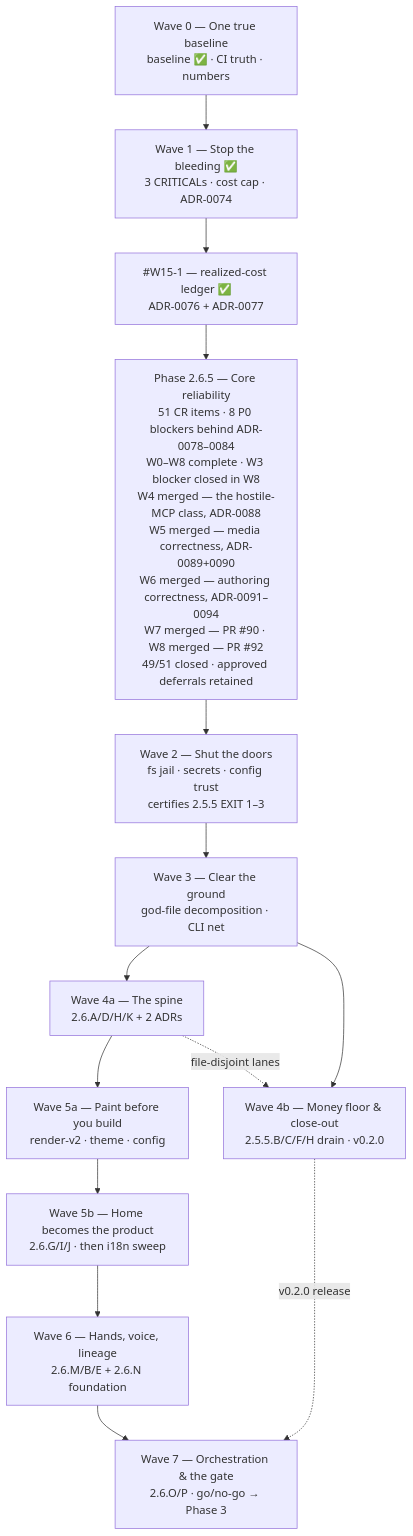
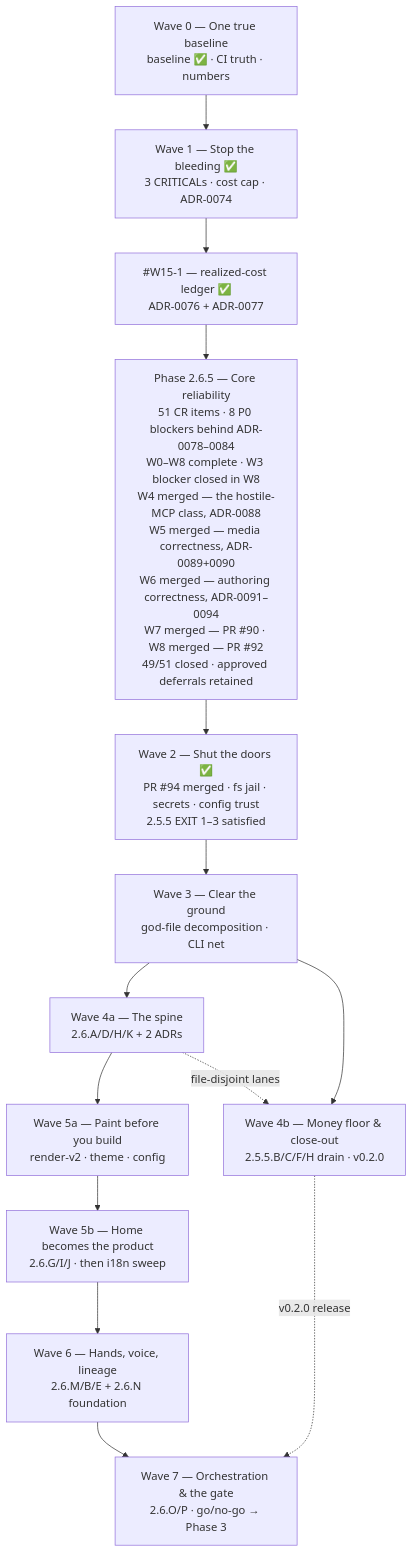
Before and after one commit to HodeTech/Relavium: the diagram in docs/roadmap/current.md, drawn with Mermaid. The commit also changed other lines of this file and 31 other files, not shown here.

````diff
--- a/docs/roadmap/current.md
+++ b/docs/roadmap/current.md
@@ -521,19 +513,19 @@
 ```mermaid
 flowchart TD
     W0["Wave 0 — One true baseline<br/>baseline ✅ · CI truth · numbers"]
     W1["Wave 1 — Stop the bleeding ✅<br/>3 CRITICALs · cost cap · ADR-0074"]
     LEDGER["#W15-1 — realized-cost ledger ✅<br/>ADR-0076 + ADR-0077"]
     P265["Phase 2.6.5 — Core reliability<br/>51 CR items · 8 P0 blockers behind ADR-0078–0084<br/>W0–W8 complete · W3 blocker closed in W8<br/>W4 merged — the hostile-MCP class, ADR-0088<br/>W5 merged — media correctness, ADR-0089+0090<br/>W6 merged — authoring correctness, ADR-0091–0094<br/>W7 merged — PR #90 · W8 merged — PR #92<br/>49/51 closed · approved deferrals retained"]
-    W2["Wave 2 — Shut the doors<br/>fs jail · secrets · config trust<br/>certifies 2.5.5 EXIT 1–3"]
+    W2["Wave 2 — Shut the doors ✅<br/>PR #94 merged · fs jail · secrets · config trust<br/>2.5.5 EXIT 1–3 satisfied"]
     W3["Wave 3 — Clear the ground<br/>god-file decomposition · CLI net"]
     W4a["Wave 4a — The spine<br/>2.6.A/D/H/K + 2 ADRs"]
     W4b["Wave 4b — Money floor & close-out<br/>2.5.5.B/C/F/H drain · v0.2.0"]
     W5a["Wave 5a — Paint before you build<br/>render-v2 · theme · config"]
     W5b["Wave 5b — Home becomes the product<br/>2.6.G/I/J · then i18n sweep"]
     W6["Wave 6 — Hands, voice, lineage<br/>2.6.M/B/E + 2.6.N foundation"]
     W7["Wave 7 — Orchestration & the gate<br/>2.6.O/P · go/no-go → Phase 3"]
     W0 --> W1 --> LEDGER --> P265 --> W2 --> W3 --> W4a --> W5a --> W5b --> W6 --> W7
     W3 --> W4b
     W4b -.->|v0.2.0 release| W7
     W4a -.->|file-disjoint lanes| W4b
 ```
````
